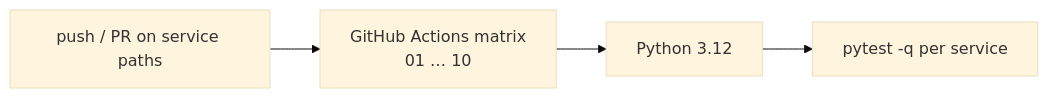
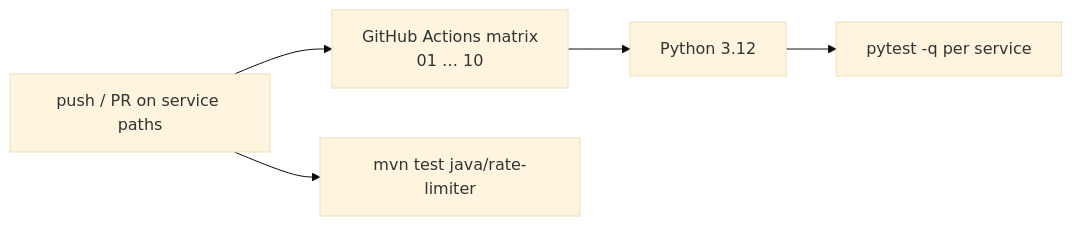
One commit to Maruthi-srinivas/BEMINIPROJECT changed diagram 15 of 15 in docs/WORKFLOW-ARCHITECTURE.md. Above: the diagram before and after it, drawn with Mermaid (base theme). The commit also changed other lines of this file and 4131 other files, not shown here.

````diff
--- a/docs/WORKFLOW-ARCHITECTURE.md
+++ b/docs/WORKFLOW-ARCHITECTURE.md
@@ -435,6 +439,7 @@
 ```mermaid
 flowchart LR
   Push["push / PR on service paths"] --> Matrix["GitHub Actions matrix<br/>01 … 10"]
   Matrix --> Py["Python 3.12"]
   Py --> Test["pytest -q per service"]
+  Push --> Java["mvn test java/rate-limiter"]
 ```
````
